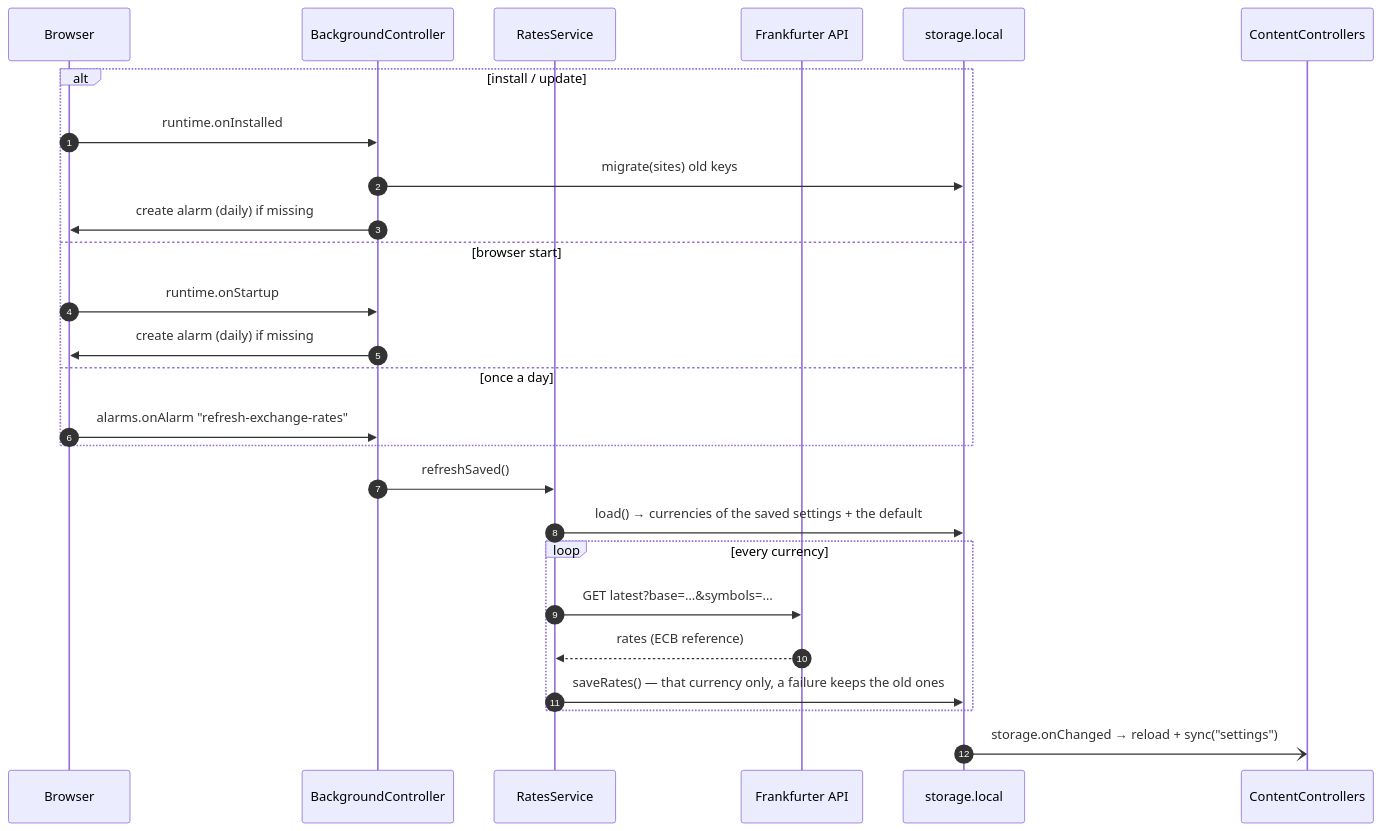
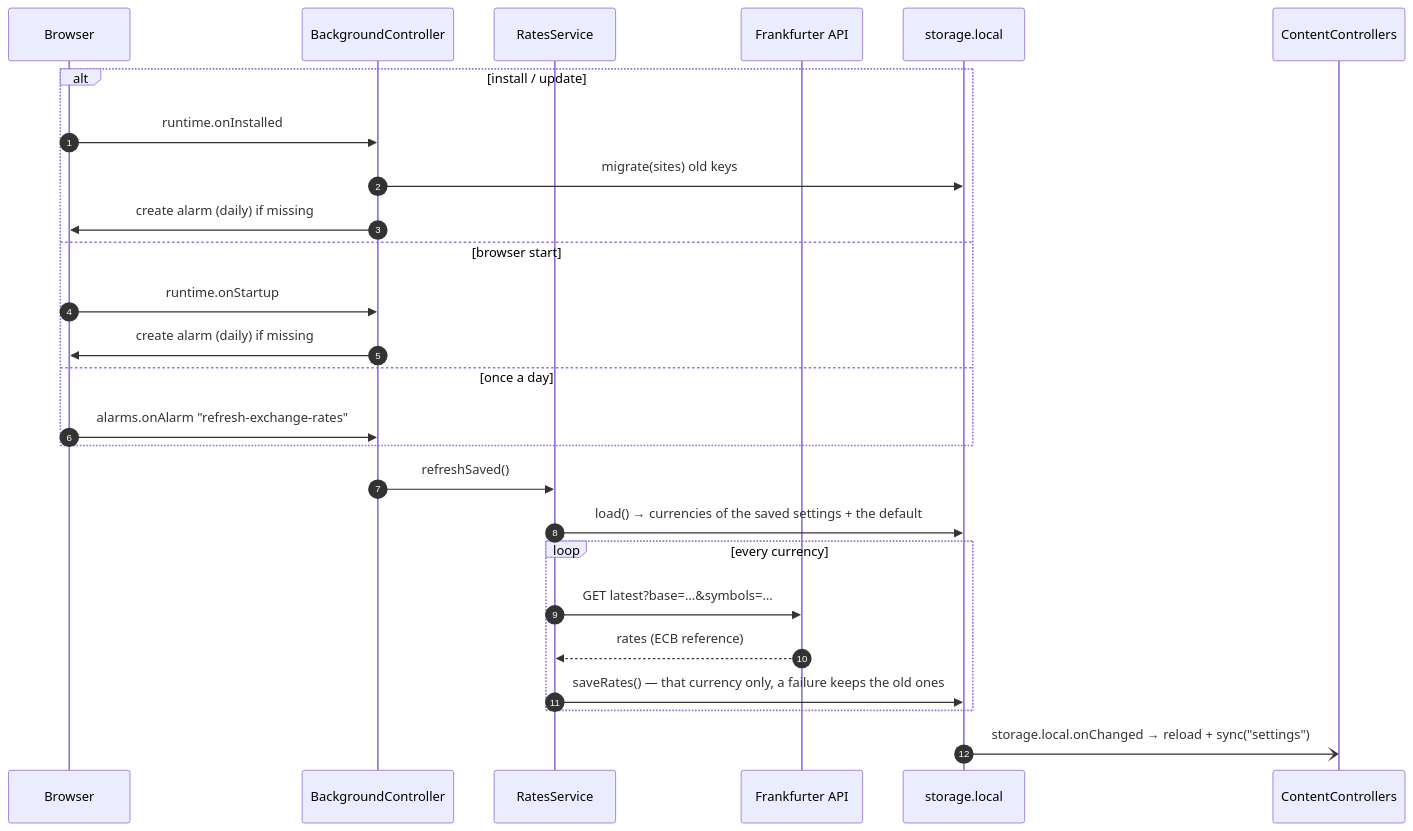
Before and after one commit to radyak/minerva-browserplugin: the seventh of 8 diagrams in docs/architecture.md, drawn with Mermaid. The commit also changed other lines of this file and 7 other files, not shown here.

First line of the commit message:
refactor: [by AI] Store the settings through WXT's storage items

````diff
--- a/docs/architecture.md
+++ b/docs/architecture.md
@@ -328,29 +328,29 @@
 ```mermaid
 sequenceDiagram
   autonumber
   participant Browser
   participant BC as BackgroundController
   participant RS as RatesService
   participant API as Frankfurter API
   participant Store as storage.local
   participant Tabs as ContentControllers
 
   alt install / update
     Browser->>BC: runtime.onInstalled
     BC->>Store: migrate(sites) old keys
     BC->>Browser: create alarm (daily) if missing
   else browser start
     Browser->>BC: runtime.onStartup
     BC->>Browser: create alarm (daily) if missing
   else once a day
     Browser->>BC: alarms.onAlarm "refresh-exchange-rates"
   end
   BC->>RS: refreshSaved()
   RS->>Store: load() → currencies of the saved settings + the default
   loop every currency
     RS->>API: GET latest?base=…&symbols=…
     API-->>RS: rates (ECB reference)
     RS->>Store: saveRates() — that currency only, a failure keeps the old ones
   end
-  Store-)Tabs: storage.onChanged → reload + sync("settings")
+  Store-)Tabs: storage.local.onChanged → reload + sync("settings")
 ```
````
